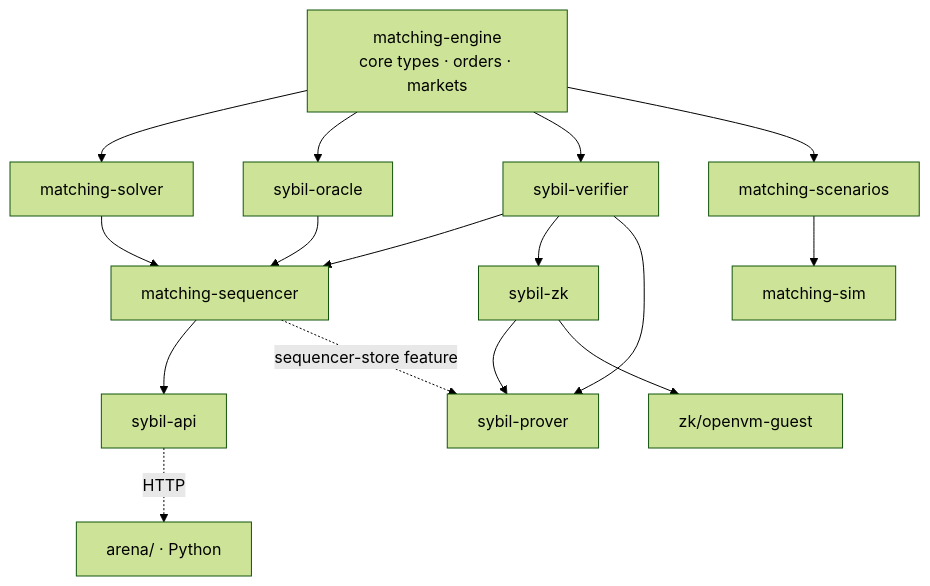
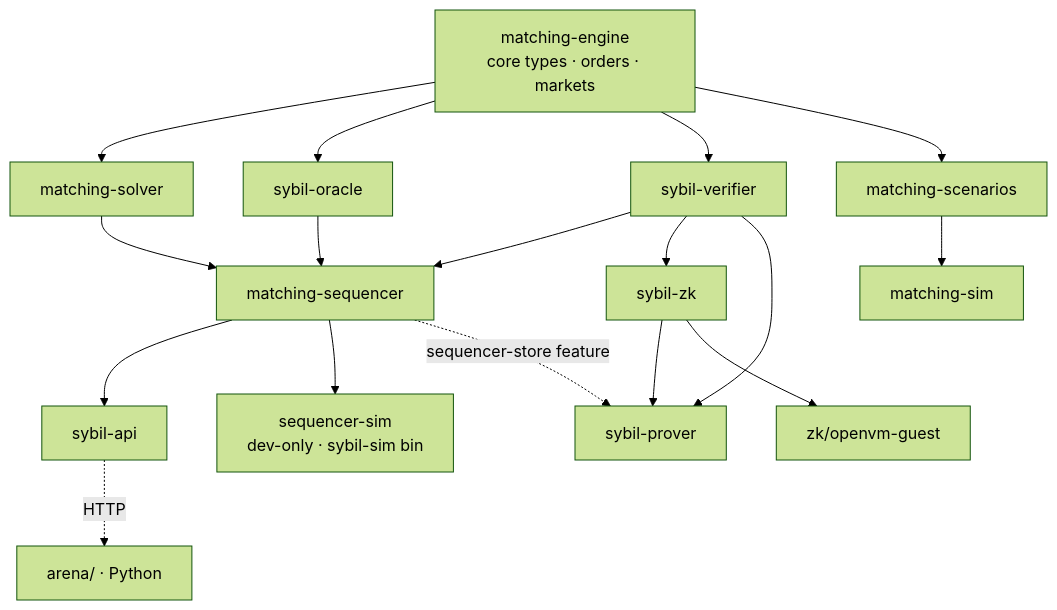
One commit to MetaB0y/sybil changed the diagram in docs/architecture/Crate Dependency Map.md. Above: the diagram before and after it, drawn with Mermaid (forest theme). The commit also changed other lines of this file and 23 other files, not shown here.

````diff
--- a/docs/architecture/Crate Dependency Map.md
+++ b/docs/architecture/Crate Dependency Map.md
@@ -25,23 +25,24 @@
 ```mermaid
 graph TB
     ENGINE["matching-engine<br/>core types · orders · markets"]
 
     ENGINE --> SOLVER["matching-solver"]
     ENGINE --> ORACLE["sybil-oracle"]
     ENGINE --> VERIFIER["sybil-verifier"]
     ENGINE --> SCENARIOS["matching-scenarios"]
 
     SOLVER --> SEQ["matching-sequencer"]
     ORACLE --> SEQ
     VERIFIER --> SEQ
 
     SEQ --> API["sybil-api"]
+    SEQ --> SEQSIM["sequencer-sim<br/>dev-only · sybil-sim bin"]
     API -.->|"HTTP"| ARENA["arena/ · Python"]
 
     SCENARIOS --> SIM["matching-sim"]
     VERIFIER --> ZK["sybil-zk"]
     VERIFIER --> PROVER["sybil-prover"]
     ZK --> PROVER
     SEQ -.->|"sequencer-store feature"| PROVER
     ZK --> OPENVM["zk/openvm-guest"]
 ```
````
